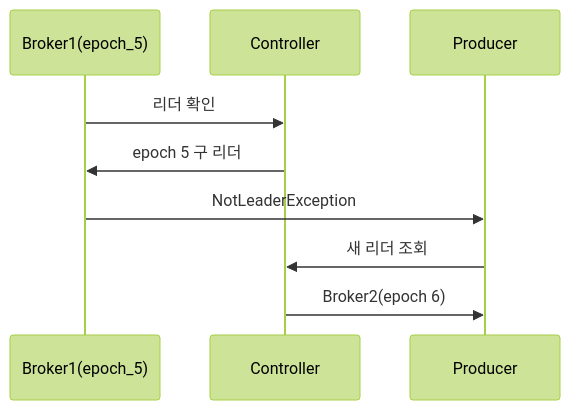
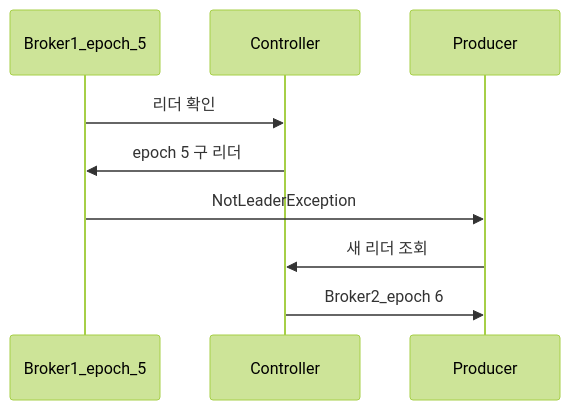
Diagram 18 of 21 in _posts/kafka/2026-05-01-kafka-extreme-scenarios.md (yjkim2015/yjkim2015.github.io), drawn with Mermaid (forest theme) before and after one commit. The commit also changed other lines of this file and 85 other files, not shown here.

First line of the commit message:
sequenceDiagram 문법 에러 2차 수정 169개 (86파일)

````diff
--- a/_posts/kafka/2026-05-01-kafka-extreme-scenarios.md
+++ b/_posts/kafka/2026-05-01-kafka-extreme-scenarios.md
@@ -529,8 +529,8 @@
 ```mermaid
 sequenceDiagram
-    Broker1(epoch_5)->>Controller: 리더 확인
-    Controller->>Broker1(epoch_5): epoch 5 구 리더
-    Broker1(epoch_5)->>Producer: NotLeaderException
+    Broker1_epoch_5->>Controller: 리더 확인
+    Controller->>Broker1_epoch_5: epoch 5 구 리더
+    Broker1_epoch_5->>Producer: NotLeaderException
     Producer->>Controller: 새 리더 조회
-    Controller->>Producer: Broker2(epoch 6)
+    Controller->>Producer: Broker2_epoch 6
 ```
````
